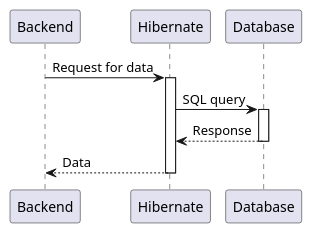
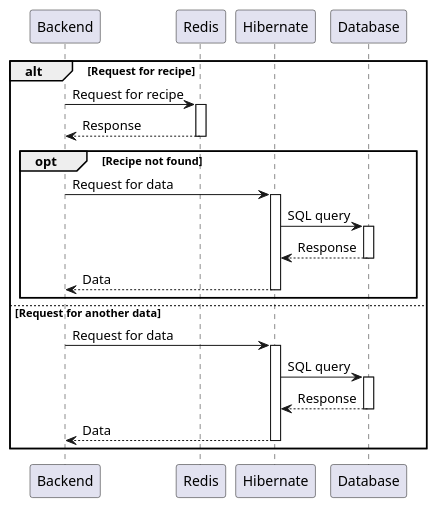
One commit to kambed/FoodzillaArchitecture changed the fourth of 6 diagrams in SequenceDiagrams.md. Above: the diagram before and after it, drawn with PlantUML. The commit also changed other lines of this file, not shown here.

Commit message:
Update sequence diagrams

````diff
--- a/SequenceDiagrams.md
+++ b/SequenceDiagrams.md
@@ -72,14 +93,29 @@
 ```plantuml
 @startuml
 participant Backend
+participant Redis
 participant Hibernate
 participant Database
 
-Backend -> Hibernate: Request for data
-activate Hibernate
-Hibernate -> Database: SQL query
-activate Database
-return Response
-return Data
+alt Request for recipe
+    Backend -> Redis: Request for recipe
+    activate Redis
+    return Response
+    opt Recipe not found
+        Backend -> Hibernate: Request for data
+        activate Hibernate
+        Hibernate -> Database: SQL query
+        activate Database
+        return Response
+        return Data
+    end
+else Request for another data
+    Backend -> Hibernate: Request for data
+    activate Hibernate
+    Hibernate -> Database: SQL query
+    activate Database
+    return Response
+    return Data
+end
 @enduml
 ```
````
